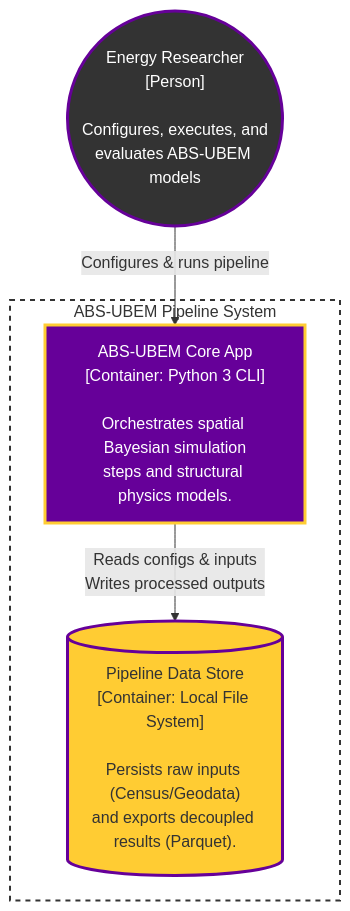
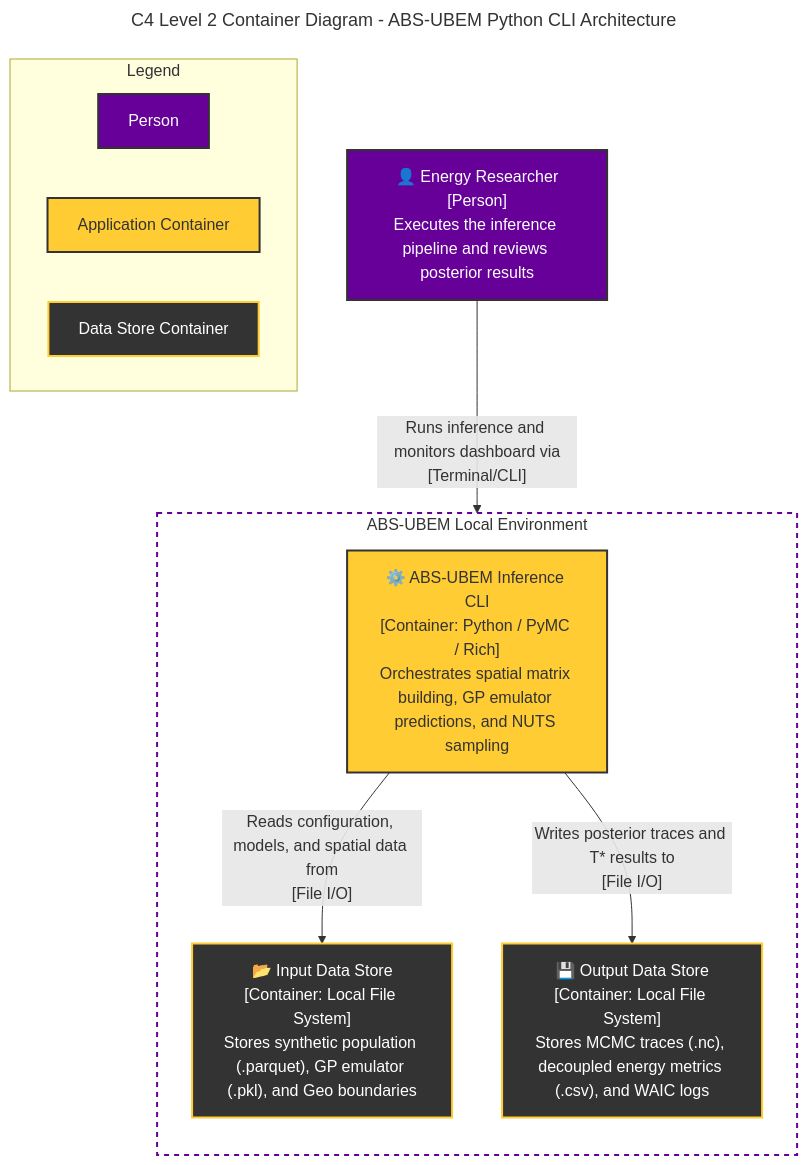
Before and after one commit to JulesBuckland/abs-ubem-national: the second of 3 diagrams in README.md, drawn with Mermaid.

Commit message:
docs: upgrade Level 2 Container Diagram with explicit IO stores and legend

````diff
--- a/README.md
+++ b/README.md
@@ -32,20 +32,39 @@
 ```mermaid
-graph TD
-    %% University of Manchester Colors
-    classDef person fill:#333333,color:#ffffff,stroke:#660099,stroke-width:3px
-    classDef app fill:#660099,color:#ffffff,stroke:#FFCC33,stroke-width:3px
-    classDef db fill:#FFCC33,color:#333333,stroke:#660099,stroke-width:3px
+---
+title: C4 Level 2 Container Diagram - ABS-UBEM Python CLI Architecture
+---
+flowchart TD
+    %% Styling - University of Manchester Brand Colors
+    classDef person fill:#660099,color:#ffffff,stroke:#333333,stroke-width:2px
+    classDef container fill:#FFCC33,color:#333333,stroke:#333333,stroke-width:2px
+    classDef datastore fill:#333333,color:#ffffff,stroke:#FFCC33,stroke-width:2px
+    classDef boundary fill:none,color:#333333,stroke:#660099,stroke-width:2px,stroke-dasharray: 5 5
 
-    User(("Energy Researcher<br>[Person]<br><br>Configures, executes, and<br>evaluates ABS-UBEM models")):::person
+    %% Legend (Invisible nodes used for legend display)
+    subgraph Legend ["Legend"]
+        direction LR
+        L1["Person"]:::person
+        L2["Application Container"]:::container
+        L3["Data Store Container"]:::datastore
+    end
 
-    subgraph ABS-UBEM ["ABS-UBEM Pipeline System"]
-        style ABS-UBEM fill:none,stroke:#333333,stroke-width:2px,stroke-dasharray: 5 5,color:#333333
+    %% Actors
+    User["👤 Energy Researcher<br/>[Person]<br/>Executes the inference pipeline and reviews posterior results"]:::person
 
-        App["ABS-UBEM Core App<br>[Container: Python 3 CLI]<br><br>Orchestrates spatial Bayesian simulation<br>steps and structural physics models."]:::app
+    %% System Boundary
+    subgraph ABS_UBEM ["ABS-UBEM Local Environment"]
+        direction TB
+        
+        CLI["⚙️ ABS-UBEM Inference CLI<br/>[Container: Python / PyMC / Rich]<br/>Orchestrates spatial matrix building, GP emulator predictions, and NUTS sampling"]:::container
+        
+        InputFS["📂 Input Data Store<br/>[Container: Local File System]<br/>Stores synthetic population (.parquet), GP emulator (.pkl), and Geo boundaries"]:::datastore
+        
+        OutputFS["💾 Output Data Store<br/>[Container: Local File System]<br/>Stores MCMC traces (.nc), decoupled energy metrics (.csv), and WAIC logs"]:::datastore
+    end
+    class ABS_UBEM boundary
 
-        DataStore[("Pipeline Data Store<br>[Container: Local File System]<br><br>Persists raw inputs (Census/Geodata)<br>and exports decoupled results (Parquet).")]:::db
-    end
-    
-    User -- "Configures & runs pipeline" --> App
-    App -- "Reads configs & inputs<br>Writes processed outputs" --> DataStore
+    %% Relationships
+    User -- "Runs inference and monitors dashboard via<br/>[Terminal/CLI]" --> CLI
+    CLI -- "Reads configuration, models, and spatial data from<br/>[File I/O]" --> InputFS
+    CLI -- "Writes posterior traces and T* results to<br/>[File I/O]" --> OutputFS
 ```
````
